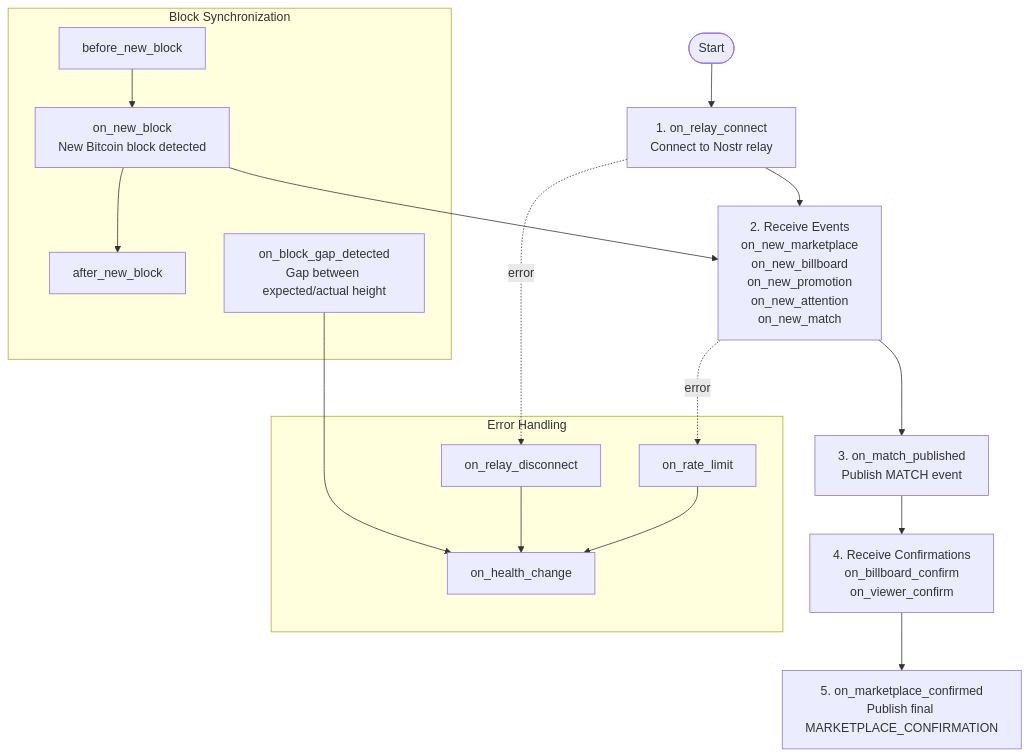
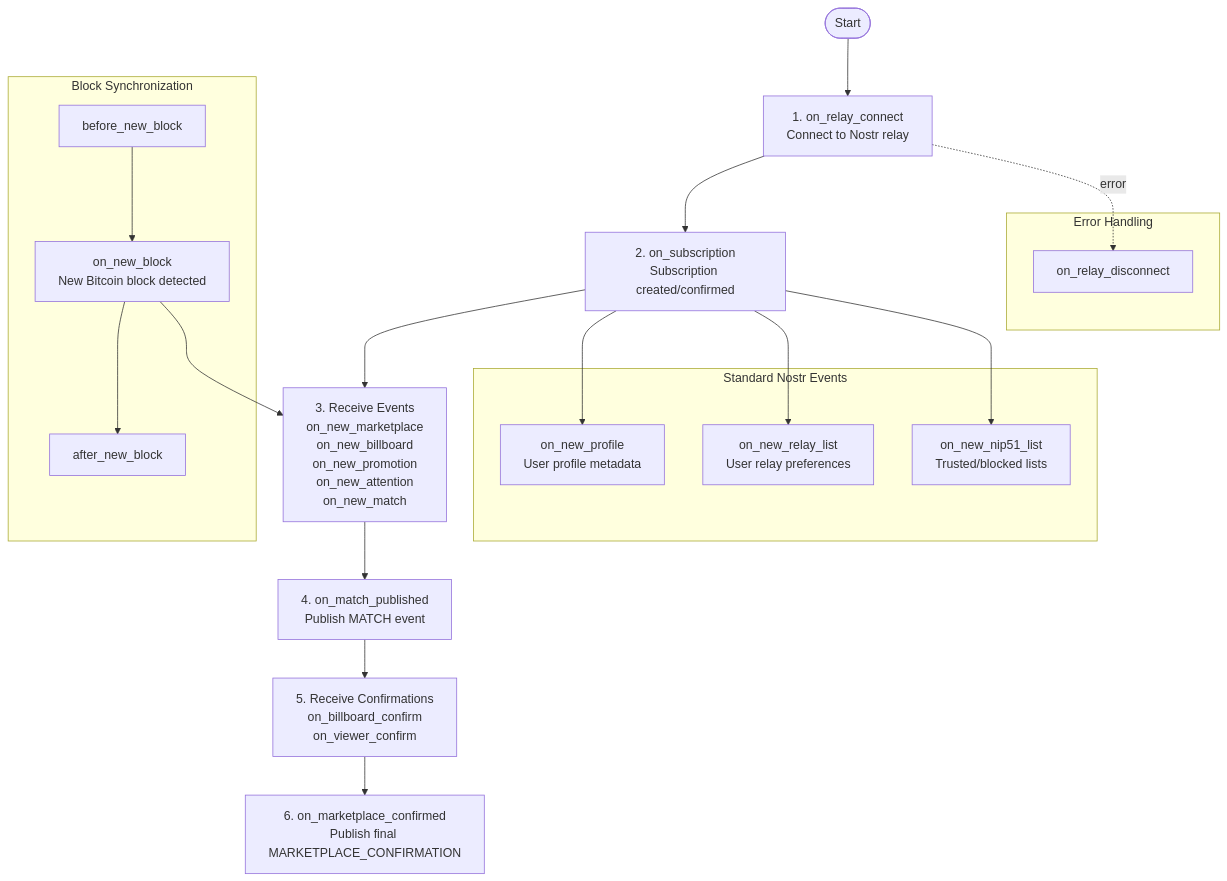
Before and after one commit to joinnextblock/protocol-attn: the diagram in packages/framework/HOOKS.md, drawn with Mermaid. The commit also changed other lines of this file and 7 other files, not shown here.

````diff
--- a/packages/framework/HOOKS.md
+++ b/packages/framework/HOOKS.md
@@ -7,29 +7,32 @@
 ```mermaid
 graph TD
     Start([Start]) --> relay_connect[1. on_relay_connect<br/>Connect to Nostr relay]
-    relay_connect --> receive_events[2. Receive Events<br/>on_new_marketplace<br/>on_new_billboard<br/>on_new_promotion<br/>on_new_attention<br/>on_new_match]
-    receive_events --> match[3. on_match_published<br/>Publish MATCH event]
-    match --> confirmations[4. Receive Confirmations<br/>on_billboard_confirm<br/>on_viewer_confirm]
-    confirmations --> final[5. on_marketplace_confirmed<br/>Publish final MARKETPLACE_CONFIRMATION]
+    relay_connect --> subscription[2. on_subscription<br/>Subscription created/confirmed]
+    subscription --> receive_events[3. Receive Events<br/>on_new_marketplace<br/>on_new_billboard<br/>on_new_promotion<br/>on_new_attention<br/>on_new_match]
+    receive_events --> match[4. on_match_published<br/>Publish MATCH event]
+    match --> confirmations[5. Receive Confirmations<br/>on_billboard_confirm<br/>on_viewer_confirm]
+    confirmations --> final[6. on_marketplace_confirmed<br/>Publish final MARKETPLACE_CONFIRMATION]
 
     subgraph Block Synchronization
         block_before[before_new_block]
         block_finalized[on_new_block<br/>New Bitcoin block detected]
         block_after[after_new_block]
-        block_gap[on_block_gap_detected<br/>Gap between expected/actual height]
     end
     block_before --> block_finalized --> block_after
+    block_finalized --> receive_events
+
+    subgraph Standard Nostr Events
+        profile[on_new_profile<br/>User profile metadata]
+        relay_list[on_new_relay_list<br/>User relay preferences]
+        nip51_list[on_new_nip51_list<br/>Trusted/blocked lists]
+    end
+    subscription --> profile
+    subscription --> relay_list
+    subscription --> nip51_list
 
     subgraph Error Handling
         relay_disconnect[on_relay_disconnect]
-        rate_limit[on_rate_limit]
-        health_change[on_health_change]
     end
 
     relay_connect -.->|error| relay_disconnect
-    receive_events -.->|error| rate_limit
-    block_finalized --> receive_events
-    block_gap --> health_change
-    relay_disconnect --> health_change
-    rate_limit --> health_change
 ```
````
